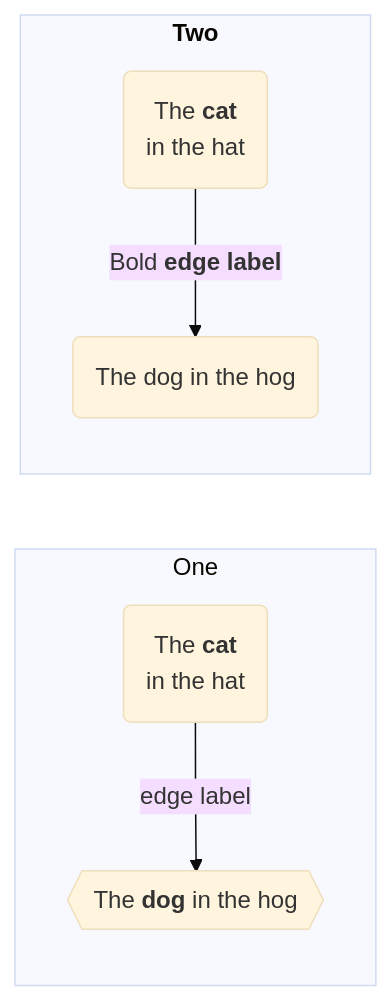
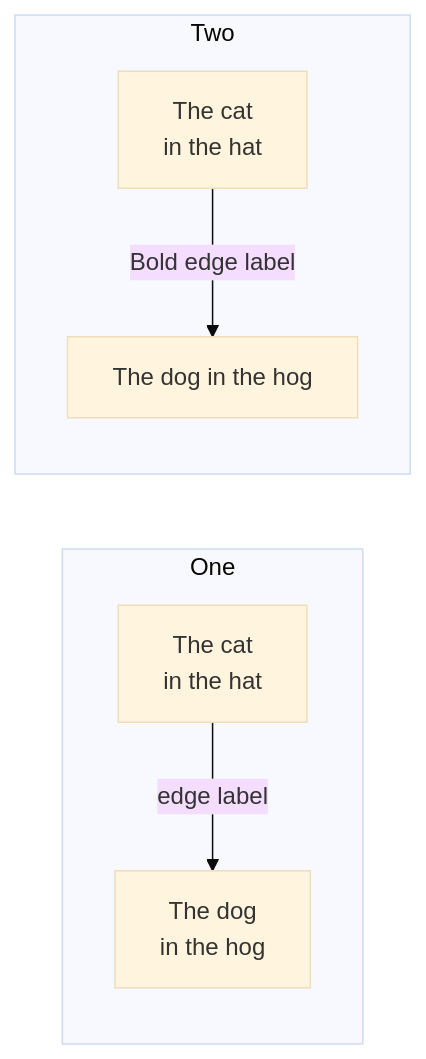
Before and after one commit to Clown119/ClownK_Blog: the fifth of 27 diagrams in source/_posts/学习记录.md, drawn with Mermaid (base theme).

````diff
--- a/source/_posts/学习记录.md
+++ b/source/_posts/学习记录.md
@@ -251,13 +251,11 @@
 ```mermaid
 
 flowchart LR
-subgraph "One"
-  a("`The **cat**
-  in the hat`") -- "edge label" --> b{{"`The **dog** in the hog`"}}
-end
-subgraph "`**Two**`"
-  c("`The **cat**
-  in the hat`") -- "`Bold **edge label**`" --> d("The dog in the hog")
-end
+  subgraph "One"
+    a["The cat<br>in the hat"] -- "edge label" --> b["The dog<br>in the hog"]
+  end
+  subgraph "Two"
+    c["The cat<br>in the hat"] -- "Bold edge label" --> d["The dog in the hog"]
+  end
 
 ```
````
